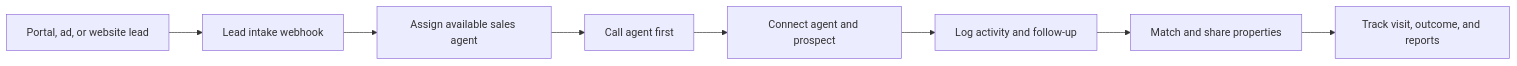
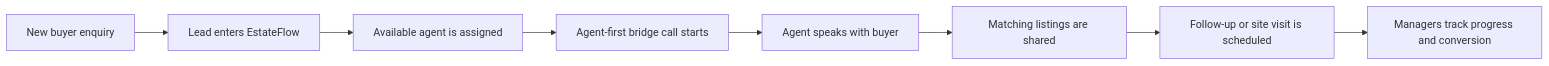
The diagram in README.md (ThaGeekiestOne/realestate-crm), drawn with Mermaid before and after one commit. The commit also changed other lines of this file, not shown here.

````diff
--- a/README.md
+++ b/README.md
@@ -36,10 +26,10 @@
 ```mermaid
 flowchart LR
-    A[Portal, ad, or website lead] --> B[Lead intake webhook]
-    B --> C[Assign available sales agent]
-    C --> D[Call agent first]
-    D --> E[Connect agent and prospect]
-    E --> F[Log activity and follow-up]
-    F --> G[Match and share properties]
-    G --> H[Track visit, outcome, and reports]
+    A[New buyer enquiry] --> B[Lead enters EstateFlow]
+    B --> C[Available agent is assigned]
+    C --> D[Agent-first bridge call starts]
+    D --> E[Agent speaks with buyer]
+    E --> F[Matching listings are shared]
+    F --> G[Follow-up or site visit is scheduled]
+    G --> H[Managers track progress and conversion]
 ```
````
